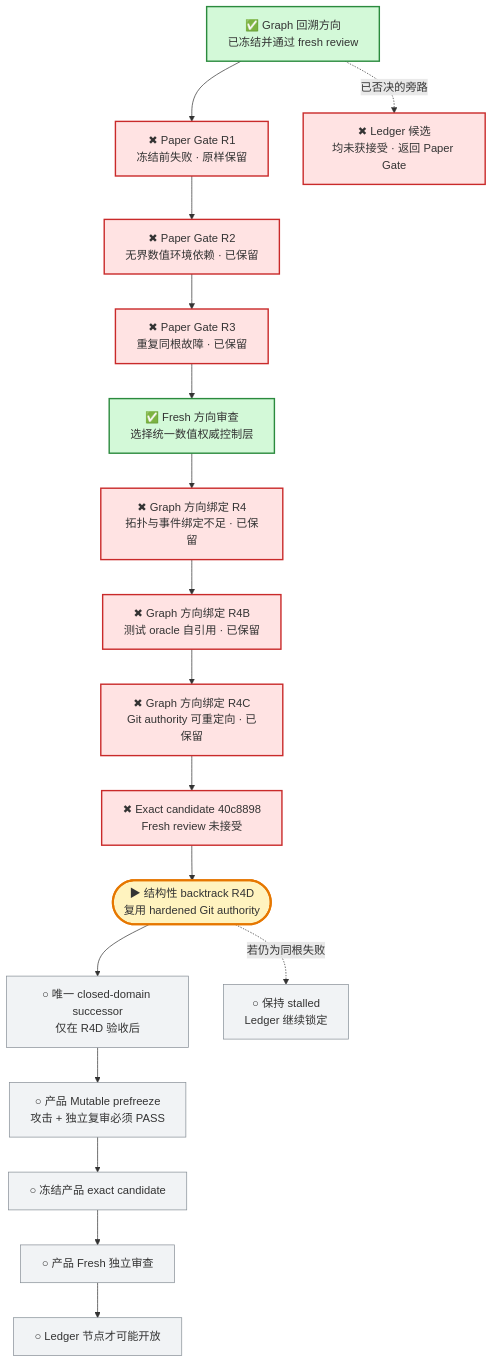
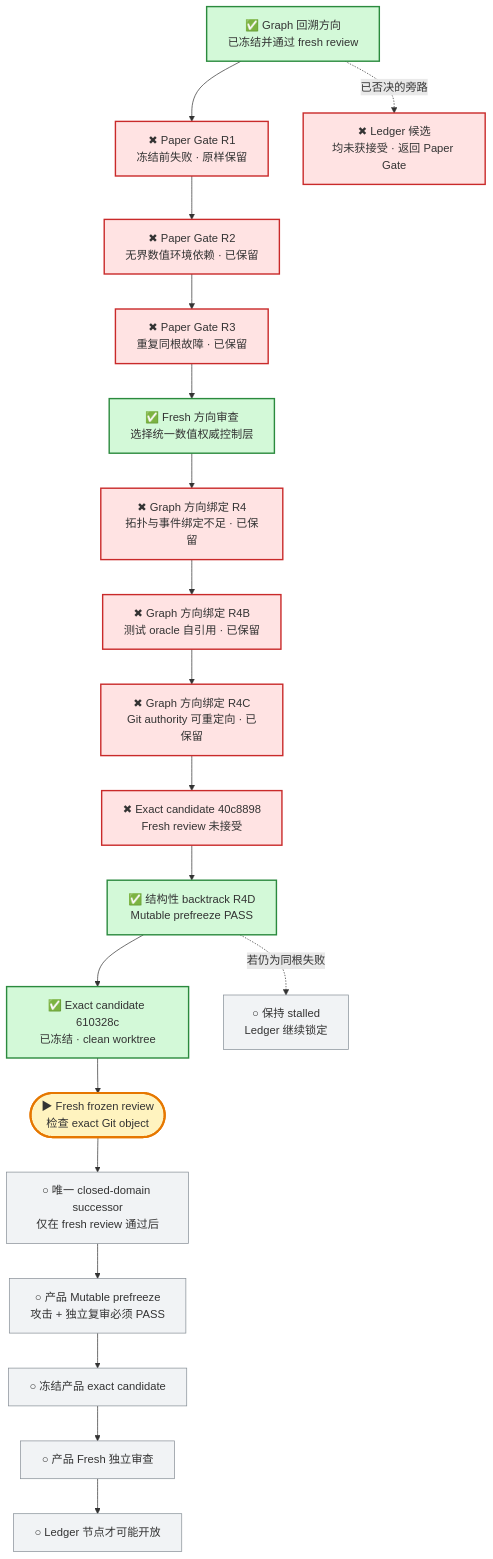
One commit to j-a-v-e-n/knowledge-vault changed the first of 2 diagrams in MyBrain/automation/reports/investment-discipline-system/CURRENT_PROGRESS.md. Above: the diagram before and after it, drawn with Mermaid. The commit also changed other lines of this file, not shown here.

````diff
--- a/MyBrain/automation/reports/investment-discipline-system/CURRENT_PROGRESS.md
+++ b/MyBrain/automation/reports/investment-discipline-system/CURRENT_PROGRESS.md
@@ -7,29 +7,31 @@
 ```mermaid
 flowchart TB
     G["✅ Graph 回溯方向<br/>已冻结并通过 fresh review"] --> R1["✖ Paper Gate R1<br/>冻结前失败 · 原样保留"]
     R1 --> R2["✖ Paper Gate R2<br/>无界数值环境依赖 · 已保留"]
     R2 --> R3["✖ Paper Gate R3<br/>重复同根故障 · 已保留"]
     R3 --> D["✅ Fresh 方向审查<br/>选择统一数值权威控制层"]
     D --> Q["✖ Graph 方向绑定 R4<br/>拓扑与事件绑定不足 · 已保留"]
     Q --> B["✖ Graph 方向绑定 R4B<br/>测试 oracle 自引用 · 已保留"]
     B --> C["✖ Graph 方向绑定 R4C<br/>Git authority 可重定向 · 已保留"]
     C --> F["✖ Exact candidate 40c8898<br/>Fresh review 未接受"]
-    F --> V(["▶ 结构性 backtrack R4D<br/>复用 hardened Git authority"])
-    V --> S["○ 唯一 closed-domain successor<br/>仅在 R4D 验收后"]
+    F --> V["✅ 结构性 backtrack R4D<br/>Mutable prefreeze PASS"]
+    V --> E["✅ Exact candidate 610328c<br/>已冻结 · clean worktree"]
+    E --> Z(["▶ Fresh frozen review<br/>检查 exact Git object"])
+    Z --> S["○ 唯一 closed-domain successor<br/>仅在 fresh review 通过后"]
     V -. "若仍为同根失败" .-> H["○ 保持 stalled<br/>Ledger 继续锁定"]
     S --> P["○ 产品 Mutable prefreeze<br/>攻击 + 独立复审必须 PASS"]
     P --> K["○ 冻结产品 exact candidate"]
     K --> W["○ 产品 Fresh 独立审查"]
     W --> L["○ Ledger 节点才可能开放"]
 
     G -. "已否决的旁路" .-> X["✖ Ledger 候选<br/>均未获接受 · 返回 Paper Gate"]
 
     classDef done fill:#d3f9d8,stroke:#2b8a3e,stroke-width:2px;
     classDef current fill:#fff3bf,stroke:#e67700,stroke-width:3px;
     classDef failed fill:#ffe3e3,stroke:#c92a2a,stroke-width:2px;
     classDef pending fill:#f1f3f5,stroke:#868e96;
-    class G,D done;
-    class V current;
+    class G,D,V,E done;
+    class Z current;
     class R1,R2,R3,Q,B,C,F,X failed;
     class S,H,P,K,W,L pending;
 ```
````
